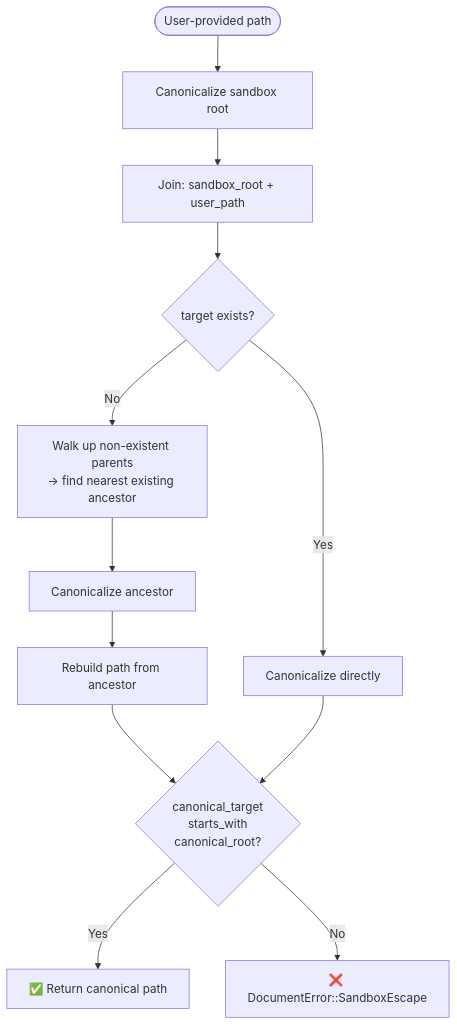
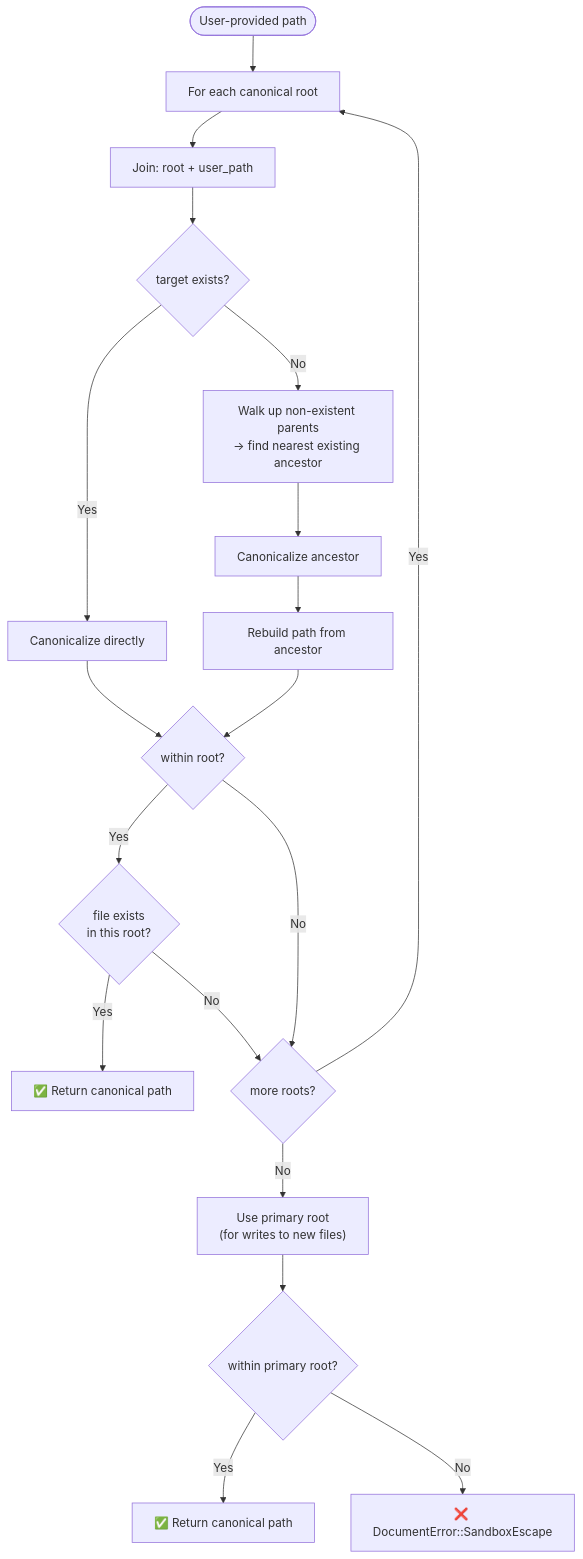
One commit to skaarfundgandr/agent_rs changed the second of 3 diagrams in docs/diagrams/flowchart.md. Above: the diagram before and after it, drawn with Mermaid. The commit also changed 4 other files, not shown here.

````diff
--- a/docs/diagrams/flowchart.md
+++ b/docs/diagrams/flowchart.md
@@ -31,14 +31,21 @@
 ```mermaid
 flowchart TB
-    Input(["User-provided path"]) --> CanonRoot["Canonicalize sandbox root"]
-    CanonRoot --> Join["Join: sandbox_root + user_path"]
+    Input(["User-provided path"]) --> LoopStart["For each canonical root"]
+    LoopStart --> Join["Join: root + user_path"]
     Join --> Exists{"target exists?"}
     Exists -->|Yes| CanonTarget["Canonicalize directly"]
     Exists -->|No| WalkUp["Walk up non-existent parents<br/>→ find nearest existing ancestor"]
     WalkUp --> CanonAncestor["Canonicalize ancestor"]
     CanonAncestor --> Rebuild["Rebuild path from ancestor"]
-    Rebuild --> CheckSafety
-    CanonTarget --> CheckSafety{"canonical_target<br/>starts_with<br/>canonical_root?"}
-    CheckSafety -->|Yes| Success["✅ Return canonical path"]
-    CheckSafety -->|No| Fail["❌ DocumentError::SandboxEscape"]
+    Rebuild --> WithinRoot{"within root?"}
+    CanonTarget --> WithinRoot
+    WithinRoot -->|Yes| ExistsCheck{"file exists<br/>in this root?"}
+    WithinRoot -->|No| NextRoot{"more roots?"}
+    ExistsCheck -->|Yes| Success["✅ Return canonical path"]
+    ExistsCheck -->|No| NextRoot
+    NextRoot -->|Yes| LoopStart
+    NextRoot -->|No| Primary["Use primary root<br/>(for writes to new files)"]
+    Primary --> PrimaryCheck{"within primary root?"}
+    PrimaryCheck -->|Yes| Success2["✅ Return canonical path"]
+    PrimaryCheck -->|No| Fail["❌ DocumentError::SandboxEscape"]
 ```
````
